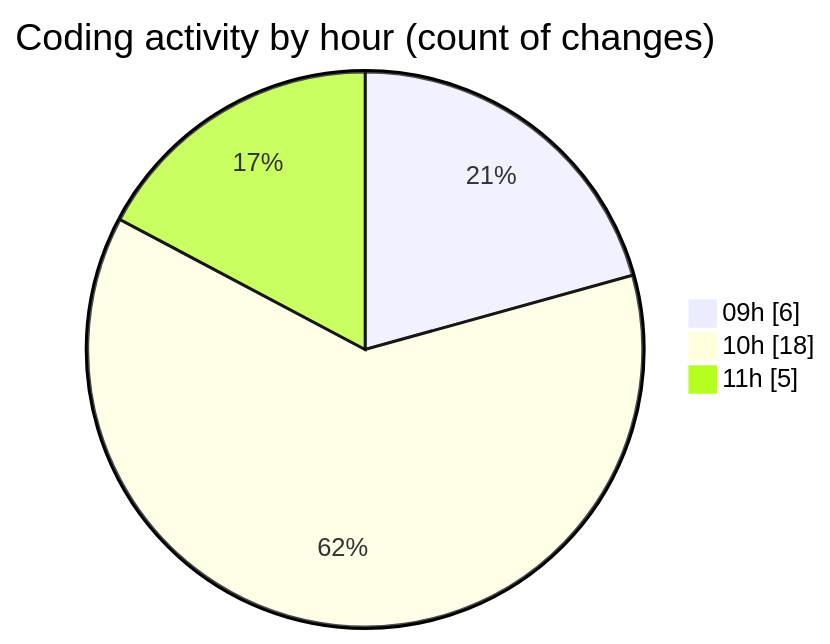
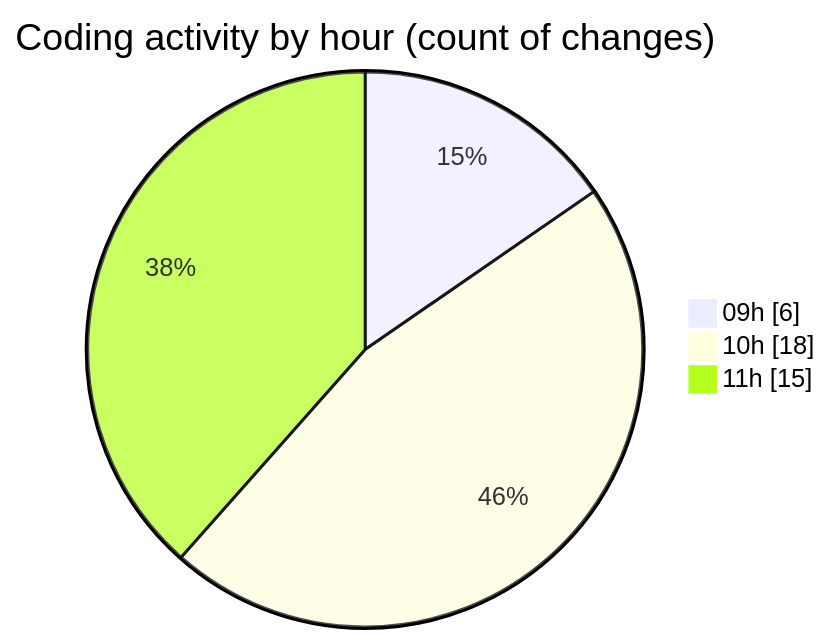
One commit to momahboobian/code-tracking changed the second of 2 diagrams in 2025-06-20/cda/README.md. Above: the diagram before and after it, drawn with Mermaid. The commit also changed other lines of this file and 1 other file, not shown here.

````diff
--- a/2025-06-20/cda/README.md
+++ b/2025-06-20/cda/README.md
@@ -46,7 +46,7 @@
 ```mermaid
 pie showData
 title Coding activity by hour (count of changes)
 "09h" : 6
 "10h" : 18
-"11h" : 5
+"11h" : 15
 ```
````
